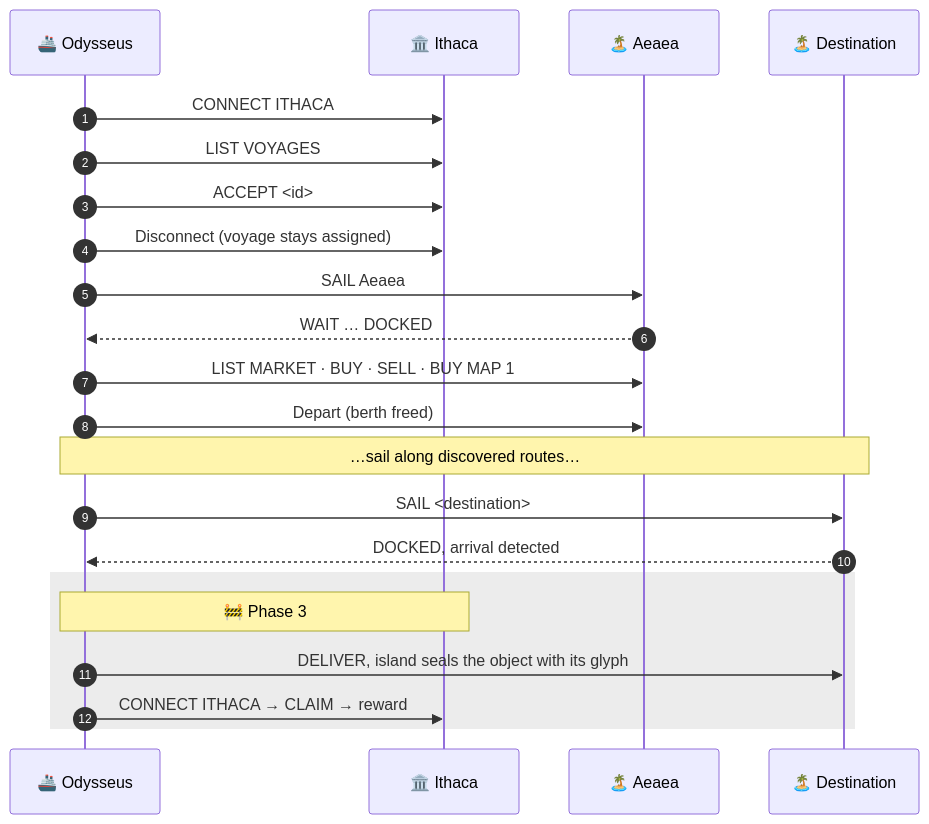
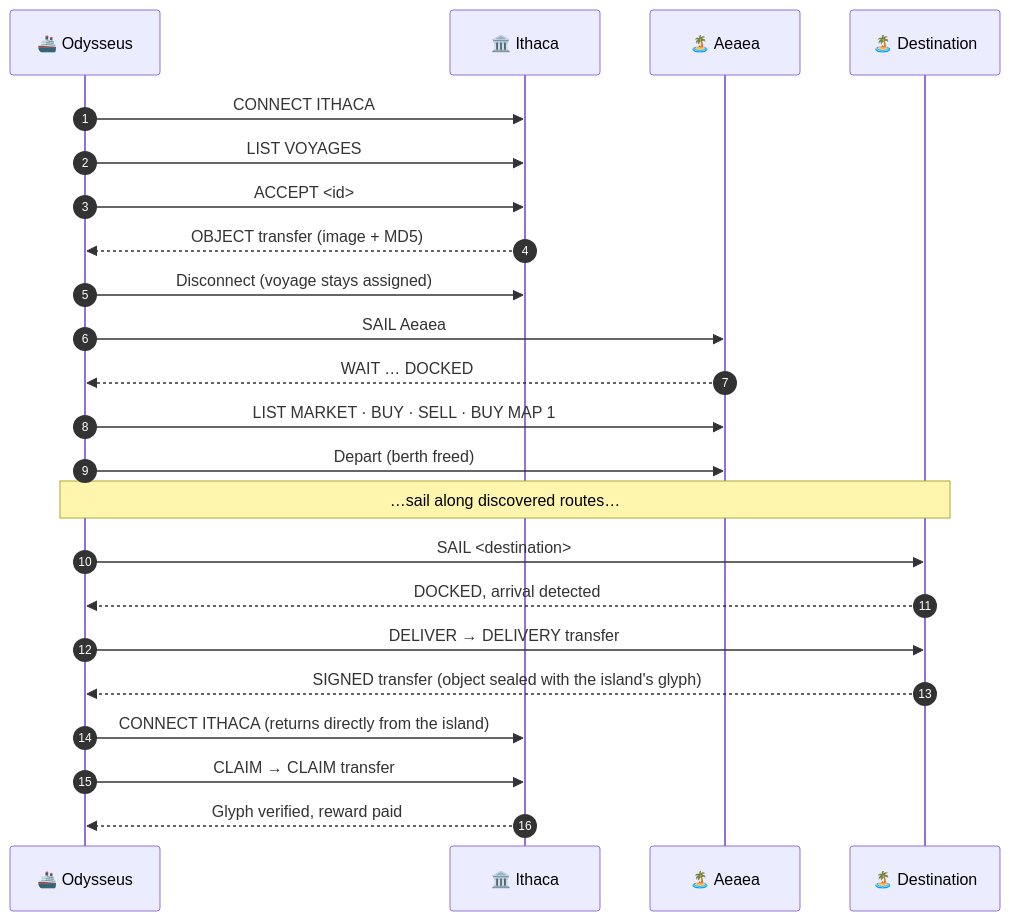
Before and after one commit to guijanson007/the_nostos_system: the second of 2 diagrams in README.md, drawn with Mermaid. The commit also changed other lines of this file, not shown here.

````diff
--- a/README.md
+++ b/README.md
@@ -245,29 +284,30 @@
 ```mermaid
 sequenceDiagram
     autonumber
     participant O as 🚢 Odysseus
     participant I as 🏛️ Ithaca
     participant A as 🏝️ Aeaea
     participant D as 🏝️ Destination
 
     O->>I: CONNECT ITHACA
     O->>I: LIST VOYAGES
     O->>I: ACCEPT <id>
+    I-->>O: OBJECT transfer (image + MD5)
     O->>I: Disconnect (voyage stays assigned)
 
     O->>A: SAIL Aeaea
     A-->>O: WAIT … DOCKED
     O->>A: LIST MARKET · BUY · SELL · BUY MAP 1
     O->>A: Depart (berth freed)
 
     Note over O,D: …sail along discovered routes…
 
     O->>D: SAIL <destination>
     D-->>O: DOCKED, arrival detected
+    O->>D: DELIVER → DELIVERY transfer
+    D-->>O: SIGNED transfer (object sealed with the island's glyph)
 
-    rect rgba(128,128,128,0.15)
-    Note over O,I: 🚧 Phase 3
-    O->>D: DELIVER, island seals the object with its glyph
-    O->>I: CONNECT ITHACA → CLAIM → reward
-    end
+    O->>I: CONNECT ITHACA (returns directly from the island)
+    O->>I: CLAIM → CLAIM transfer
+    I-->>O: Glyph verified, reward paid
 ```
````
